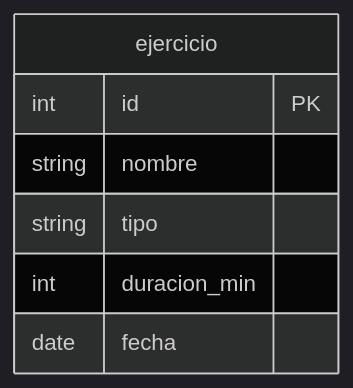
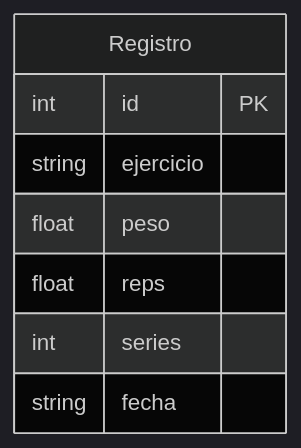
The second of 2 diagrams in docs/source/modelo.rst (tottipensotti/workit), drawn with Mermaid (dark theme) before and after one commit. The commit also changed other lines of this file and 5 other files, not shown here.

```diff
--- a/docs/source/modelo.rst
+++ b/docs/source/modelo.rst
@@ -77,11 +80,12 @@
 .. mermaid::
 
    erDiagram
 
-      ejercicio {
+      Registro {
          int id PK
-         string nombre
-         string tipo
-         int duracion_min
-         date fecha
+         string ejercicio
+         float peso
+         float reps
+         int series
+         string fecha
       }
```
